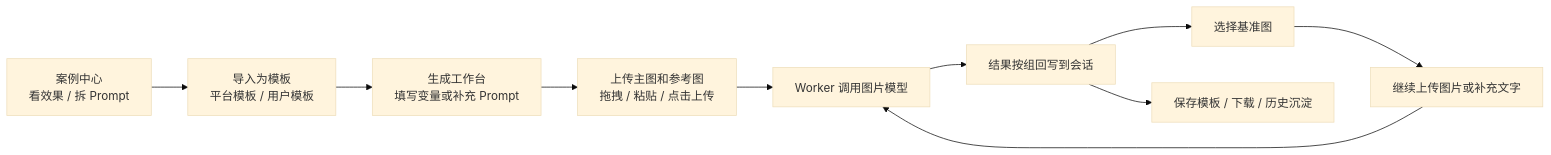
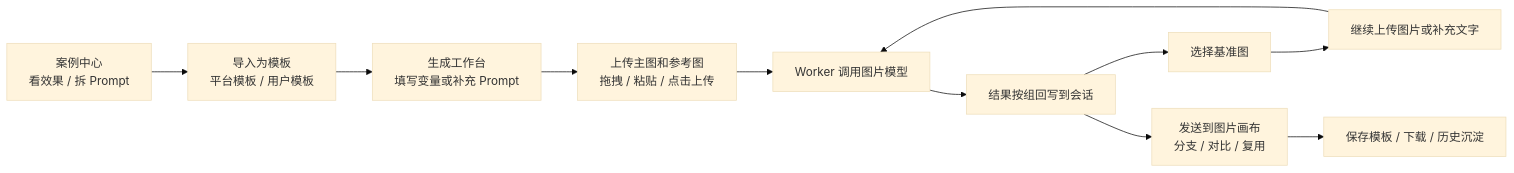
The second of 2 diagrams in README.md (laolin5564/huajing-studio), drawn with Mermaid (base theme) before and after one commit. The commit also changed other lines of this file and 28 other files, not shown here.

````diff
--- a/README.md
+++ b/README.md
@@ -81,12 +118,13 @@
 ```mermaid
 flowchart LR
   A["案例中心<br/>看效果 / 拆 Prompt"] --> B["导入为模板<br/>平台模板 / 用户模板"]
   B --> C["生成工作台<br/>填写变量或补充 Prompt"]
   C --> D["上传主图和参考图<br/>拖拽 / 粘贴 / 点击上传"]
   D --> E["Worker 调用图片模型"]
   E --> F["结果按组回写到会话"]
   F --> G["选择基准图"]
   G --> H["继续上传图片或补充文字"]
   H --> E
-  F --> I["保存模板 / 下载 / 历史沉淀"]
+  F --> I["发送到图片画布<br/>分支 / 对比 / 复用"]
+  I --> J["保存模板 / 下载 / 历史沉淀"]
 ```
````
